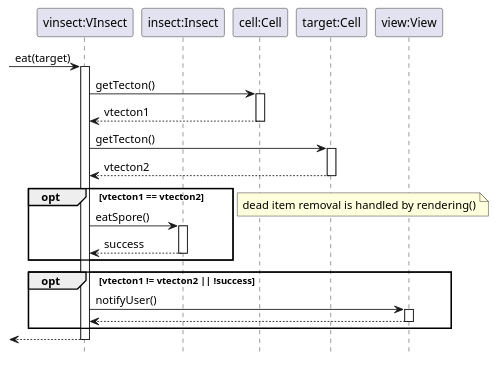
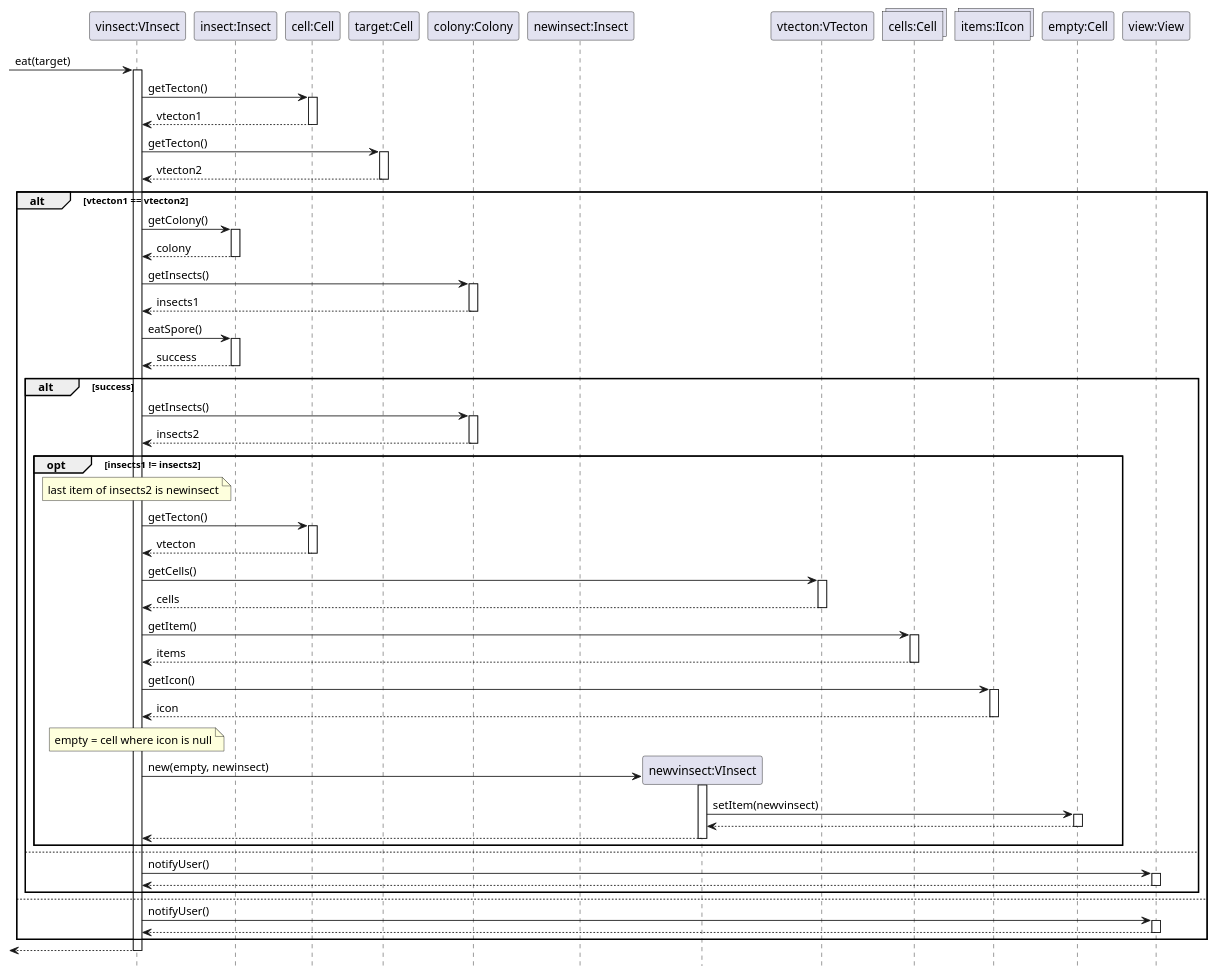
One commit to ZD4ve/projlab-error521 changed the diagram in GuiPlan/actions/eat.puml. Above: the diagram before and after it, drawn with PlantUML.

Commit message:
insect split handle

```diff
--- a/GuiPlan/actions/eat.puml
+++ b/GuiPlan/actions/eat.puml
@@ -1,39 +1,79 @@
 @startuml eat
 hide footbox
 participant "vinsect:VInsect" as vinsect
 participant "insect:Insect" as insect
 participant "cell:Cell" as cell
 participant "target:Cell" as target
 
+participant "colony:Colony" as colony
+participant "newinsect:Insect" as newinsect
+participant "newvinsect:VInsect" as newvinsect
 
+participant "vtecton:VTecton" as vtecton
+collections "cells:Cell" as cells
+collections "items:IIcon" as items
+participant "empty:Cell" as empty
 
 participant "view:View" as view
 
 -> vinsect : eat(target)
 activate vinsect
 vinsect -> cell : getTecton()
 activate cell
 return vtecton1
 vinsect -> target : getTecton()
 activate target
 return vtecton2
-opt vtecton1 == vtecton2
+alt vtecton1 == vtecton2
+    vinsect -> insect : getColony()
+    activate insect
+    return colony
+    vinsect -> colony : getInsects()
+    activate colony
+    return insects1
     vinsect -> insect : eatSpore()
     activate insect
     return success
-    'TODO rovar osztódásnál meg kell keresni, h melyik spóra tűnt el és oda rakni az új rovart
-    'vagy átírni az Insect-et úgy, hogy a rovar konrét spórát eszik meg
+    alt success
+        vinsect -> colony : getInsects()
+        activate colony
+        return insects2
+        opt insects1 != insects2
+            note over vinsect : last item of insects2 is newinsect
+            vinsect -> cell : getTecton()
+            activate cell
+            return vtecton
+            vinsect -> vtecton : getCells()
+            activate vtecton
+            return cells
+            vinsect -> cells : getItem()
+            activate cells
+            return items
+            vinsect -> items : getIcon()
+            activate items
+            return icon
+            note over vinsect : empty = cell where icon is null
+            create newvinsect
+            vinsect -> newvinsect : new(empty, newinsect)
+            activate newvinsect
+                newvinsect -> empty : setItem(newvinsect)
+                activate empty
+                return
+            return
+        end
 
-    'ez feltételen kell? kifelejtjük? és majd megoldjuk kódban?
-end
-note right : dead item removal is handled by rendering()
-opt vtecton1 != vtecton2 || !success
+    else 
+        vinsect -> view : notifyUser()
+        activate view
+        return
+    end
+else 
     vinsect -> view : notifyUser()
     activate view
     return
 end
 
 
 return
 
 @enduml
```
